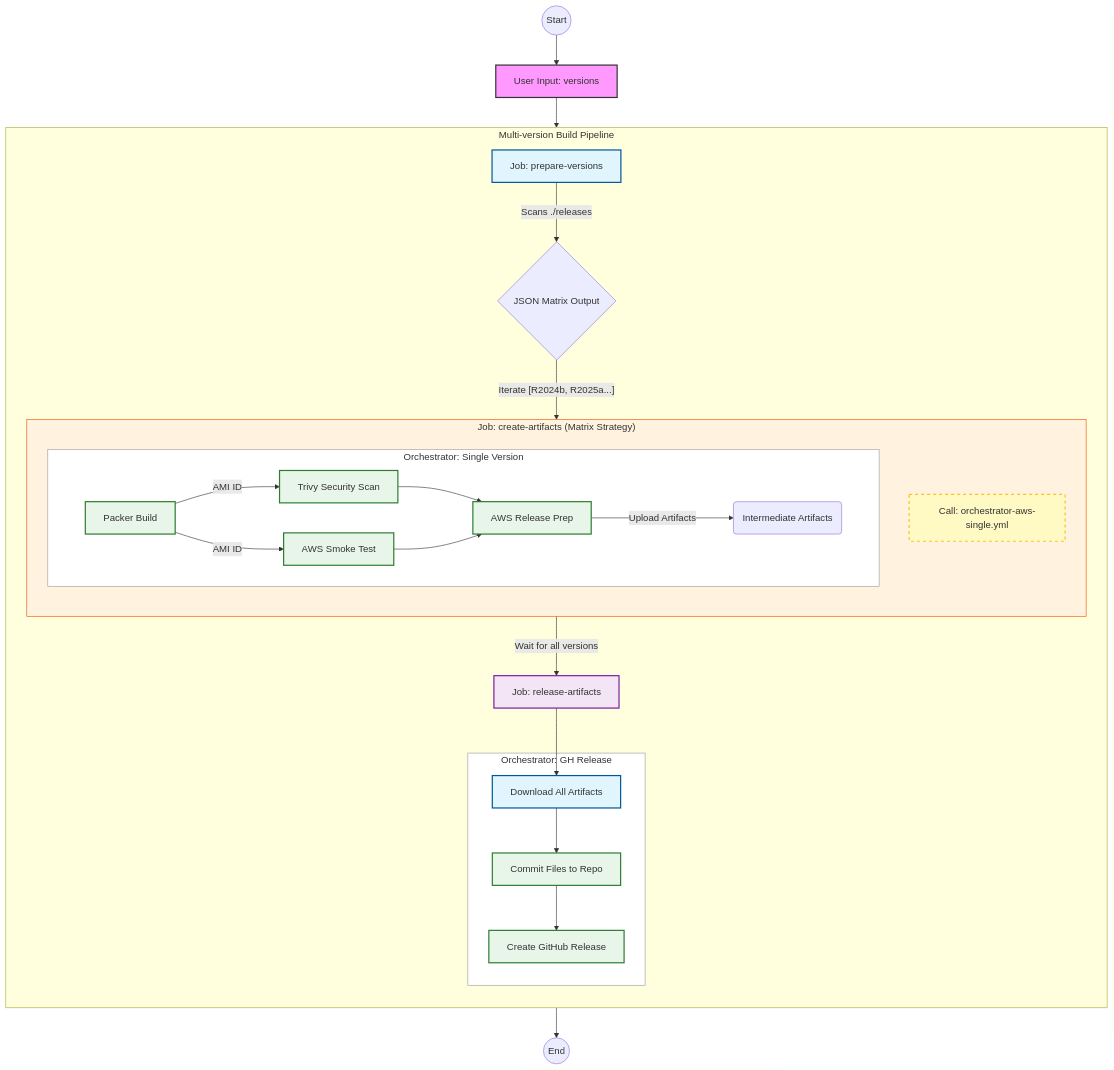
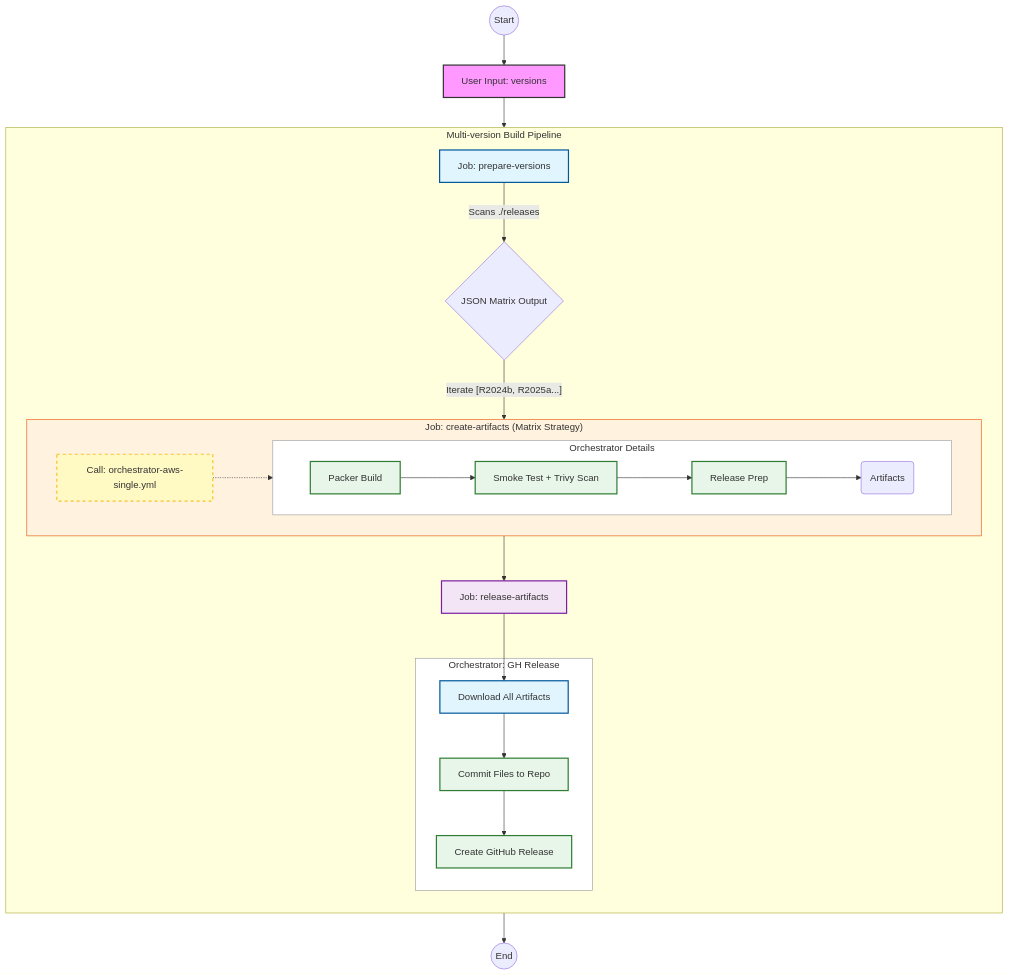
One commit to eshans-nexus/actions-templates changed the diagram in docs/architecture.md. Above: the diagram before and after it, drawn with Mermaid.

````diff
--- a/docs/architecture.md
+++ b/docs/architecture.md
@@ -1,65 +1,64 @@
 ```mermaid
 graph TD
     %% Define Styles
     classDef input fill:#f9f,stroke:#333,stroke-width:2px;
     classDef logic fill:#e1f5fe,stroke:#01579b,stroke-width:2px;
     classDef matrix fill:#fff9c4,stroke:#fbc02d,stroke-width:2px,stroke-dasharray: 5 5;
     classDef submodule fill:#e8f5e9,stroke:#2e7d32,stroke-width:2px;
     classDef release fill:#f3e5f5,stroke:#7b1fa2,stroke-width:2px;
 
     %% Workflow Trigger
     Start((Start)) --> Inputs[User Input: versions]:::input
     Inputs --> Job1
 
     %% Parent Workflow Scope
     subgraph Parent_Workflow ["Multi-version Build Pipeline"]
         direction TB
         
         Job1[Job: prepare-versions]:::logic
         Job1 -- "Scans ./releases" --> MatrixData{JSON Matrix Output}
         
         %% Job 2: The Matrix Strategy
         MatrixData -- "Iterate [R2024b, R2025a...]" --> Job2
         
         subgraph Matrix_Exec ["Job: create-artifacts (Matrix Strategy)"]
-            direction TB
+            direction LR
             style Matrix_Exec fill:#fff3e0,stroke:#e65100
             
             Job2[Call: orchestrator-aws-single.yml]:::matrix
             
             %% Detail of the Called Workflow
-            subgraph Orch_Single ["Orchestrator: Single Version"]
+            subgraph Orch_Single ["Orchestrator Details"]
                 style Orch_Single fill:#ffffff,stroke:#999
+                direction LR
                 
                 StepA[Packer Build]:::submodule
-                StepB[Trivy Security Scan]:::submodule
-                StepC[AWS Smoke Test]:::submodule
-                StepD[AWS Release Prep]:::submodule
+                StepB[Smoke Test + Trivy Scan]:::submodule
+                StepC[Release Prep]:::submodule
                 
-                StepA -- "AMI ID" --> StepB
-                StepA -- "AMI ID" --> StepC
-                StepB --> StepD
-                StepC --> StepD
-                
-                StepD -- "Upload Artifacts" --> Artifacts(Intermediate Artifacts)
+                StepA --> StepB
+                StepB --> StepC
+                StepC --> Artifacts(Artifacts)
             end
+
+            Job2 -.-> StepA
         end
 
         %% Job 3: Aggregation
-        Job2 -- "Wait for all versions" --> Job3
+        Artifacts --> Job3
         
         Job3[Job: release-artifacts]:::release
         
         subgraph Orch_Release ["Orchestrator: GH Release"]
             style Orch_Release fill:#ffffff,stroke:#999
             
             StepE[Download All Artifacts]:::logic
             StepF[Commit Files to Repo]:::submodule
             StepG[Create GitHub Release]:::submodule
         end
         
         Job3 --> StepE --> StepF --> StepG
     end
 
     StepG --> End((End))
 ```
````
